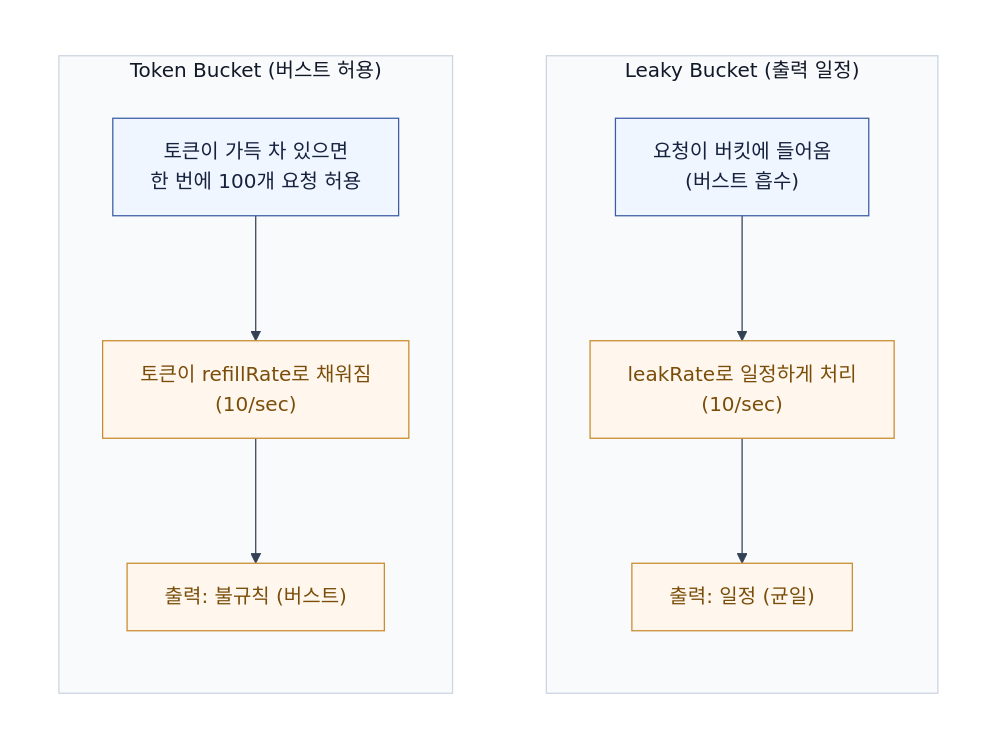
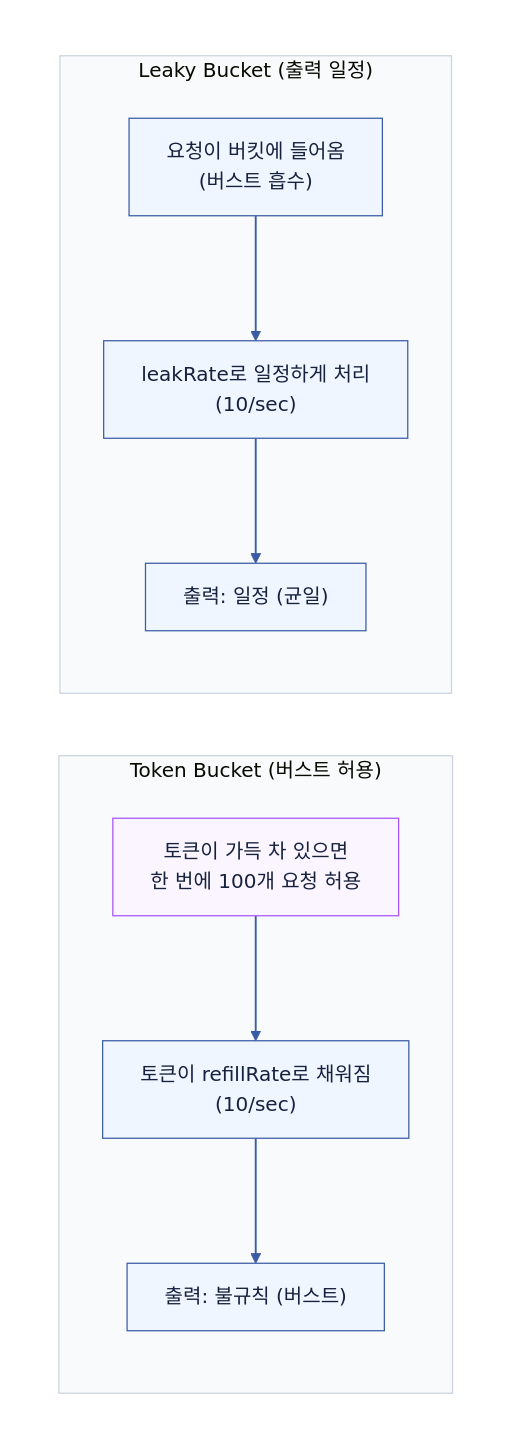
Before and after one commit to Hyune-s-lab/my-ai-study: the first of 2 diagrams in computer-science/2607-rate-limiting.md, drawn with Mermaid. The commit also changed other lines of this file and 28 other files, not shown here.

Commit message:
docs: Mermaid 호환성과 문서 가독성 개선

````diff
--- a/computer-science/2607-rate-limiting.md
+++ b/computer-science/2607-rate-limiting.md
@@ -27,43 +27,31 @@
 ```mermaid
----
-config:
-  theme: base
-  darkMode: false
-  themeVariables:
-    background: "#ffffff"
-    primaryColor: "#ffffff"
-    primaryTextColor: "#111827"
-    primaryBorderColor: "#475569"
-    lineColor: "#334155"
-    edgeLabelBackground: "#ffffff"
----
 flowchart LR
+%%{init: {"theme": "base", "darkMode": false, "themeVariables": {"background": "#ffffff", "primaryColor": "#EFF6FF", "primaryTextColor": "#16213E", "primaryBorderColor": "#3B5BA5", "secondaryColor": "#F0FDF4", "tertiaryColor": "#FAF5FF", "lineColor": "#3B5BA5", "textColor": "#16213E", "edgeLabelBackground": "#ffffff", "clusterBkg": "#F8FAFC", "clusterBorder": "#CBD5E1"}}}%%
   subgraph canvas[" "]
     direction LR
     subgraph token["Token Bucket (버스트 허용)"]
       direction TB
-      t1["토큰이 가득 차 있으면\n한 번에 100개 요청 허용"]
-      t2["토큰이 refillRate로 채워짐\n(10/sec)"]
+      t1["토큰이 가득 차 있으면<br/>한 번에 100개 요청 허용"]
+      t2["토큰이 refillRate로 채워짐<br/>(10/sec)"]
       t3["출력: 불규칙 (버스트)"]
       t1 --> t2 --> t3
     end
-
+  
     subgraph leaky["Leaky Bucket (출력 일정)"]
       direction TB
-      l1["요청이 버킷에 들어옴\n(버스트 흡수)"]
-      l2["leakRate로 일정하게 처리\n(10/sec)"]
+      l1["요청이 버킷에 들어옴<br/>(버스트 흡수)"]
+      l2["leakRate로 일정하게 처리<br/>(10/sec)"]
       l3["출력: 일정 (균일)"]
       l1 --> l2 --> l3
     end
-
-    token ~~~ leaky
+  
   end
-
+  style canvas fill:#ffffff,stroke:#ffffff,color:#111827
+  linkStyle default stroke:#3B5BA5,stroke-width:1.5px
   classDef app fill:#EFF6FF,stroke:#3B5BA5,stroke-width:1px,color:#16213E
-  classDef ctrl fill:#FFF7ED,stroke:#C98A2B,stroke-width:1px,color:#7A4E0A
-  class t1,l1 app
-  class t2,l2,t3,l3 ctrl
-  style token fill:#F8FAFC,stroke:#CBD5E1,stroke-width:1px,color:#111827
-  style leaky fill:#F8FAFC,stroke:#CBD5E1,stroke-width:1px,color:#111827
-  style canvas fill:#ffffff,stroke:#ffffff,stroke-width:0px,color:#111827
+  class t2,t3,l1,l2,l3 app
+  classDef db fill:#F0FDF4,stroke:#3F8E55,stroke-width:1px,color:#16213E
+  classDef policy fill:#FAF5FF,stroke:#A855F7,stroke-width:1px,color:#16213E
+  class t1 policy
+  classDef worker fill:#FFF7ED,stroke:#C98A2B,stroke-width:1px,color:#16213E
 ```
````
